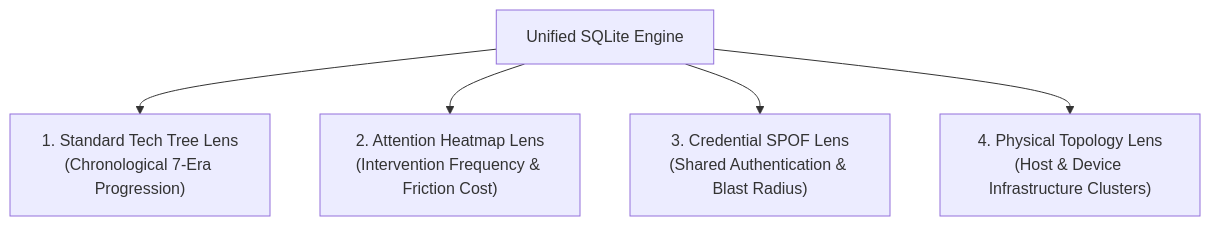
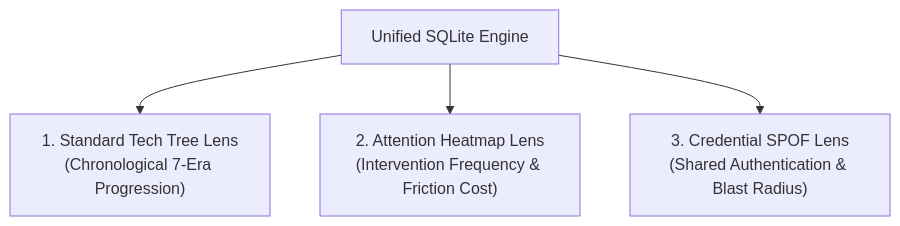
Before and after one commit to zz-plant/ambit: the second of 3 diagrams in docs/deep-dive.md, drawn with Mermaid. The commit also changed other lines of this file and 8 other files, not shown here.

````diff
--- a/docs/deep-dive.md
+++ b/docs/deep-dive.md
@@ -282,7 +288,6 @@
 ```mermaid
 flowchart TD
     GRAPH["Unified SQLite Engine"] --> L1["1. Standard Tech Tree Lens\n(Chronological 7-Era Progression)"]
     GRAPH --> L2["2. Attention Heatmap Lens\n(Intervention Frequency & Friction Cost)"]
     GRAPH --> L3["3. Credential SPOF Lens\n(Shared Authentication & Blast Radius)"]
-    GRAPH --> L4["4. Physical Topology Lens\n(Host & Device Infrastructure Clusters)"]
 ```
````
